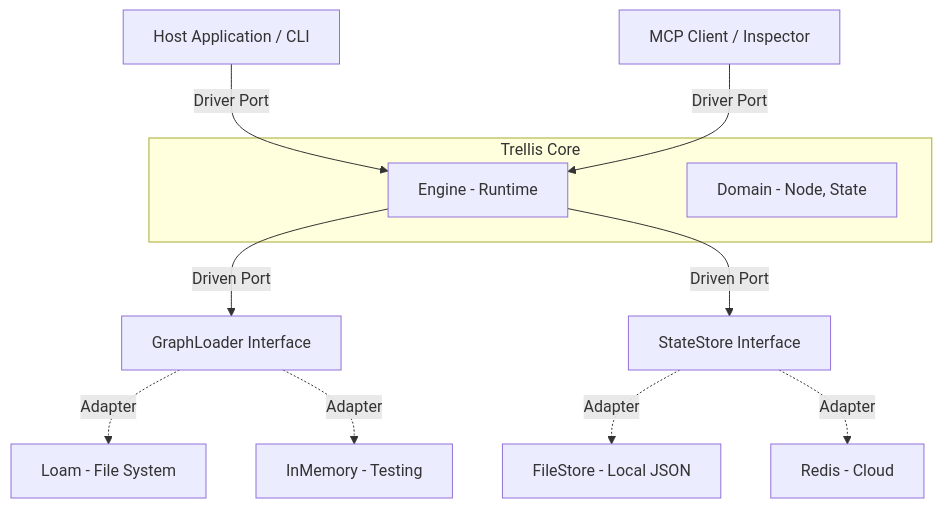
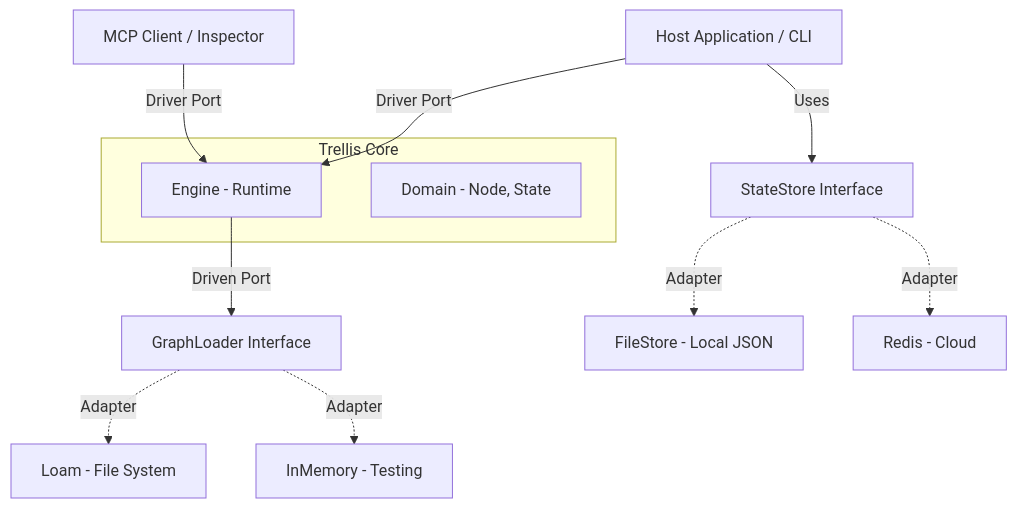
The first of 11 diagrams in docs/TECHNICAL.md (aretw0/trellis), drawn with Mermaid before and after one commit. The commit also changed other lines of this file and 4 other files, not shown here.

````diff
--- a/docs/TECHNICAL.md
+++ b/docs/TECHNICAL.md
@@ -44,16 +44,16 @@
 ```mermaid
 graph TD
     Host[Host Application / CLI] -->|Driver Port| Engine
     MCP[MCP Client / Inspector] -->|Driver Port| Engine
     subgraph "Trellis Core"
         Engine[Engine - Runtime]
         Domain[Domain - Node, State]
     end
     Engine -->|Driven Port| Loader[GraphLoader Interface]
     Loader -.->|Adapter| Loam[Loam - File System]
     Loader -.->|Adapter| Mem[InMemory - Testing]
     
-    Engine -->|Driven Port| Store[StateStore Interface]
+    Host -->|Uses| Store[StateStore Interface]
     Store -.->|Adapter| FileStore[FileStore - Local JSON]
     Store -.->|Adapter| Redis[Redis - Cloud]
 ```
````
